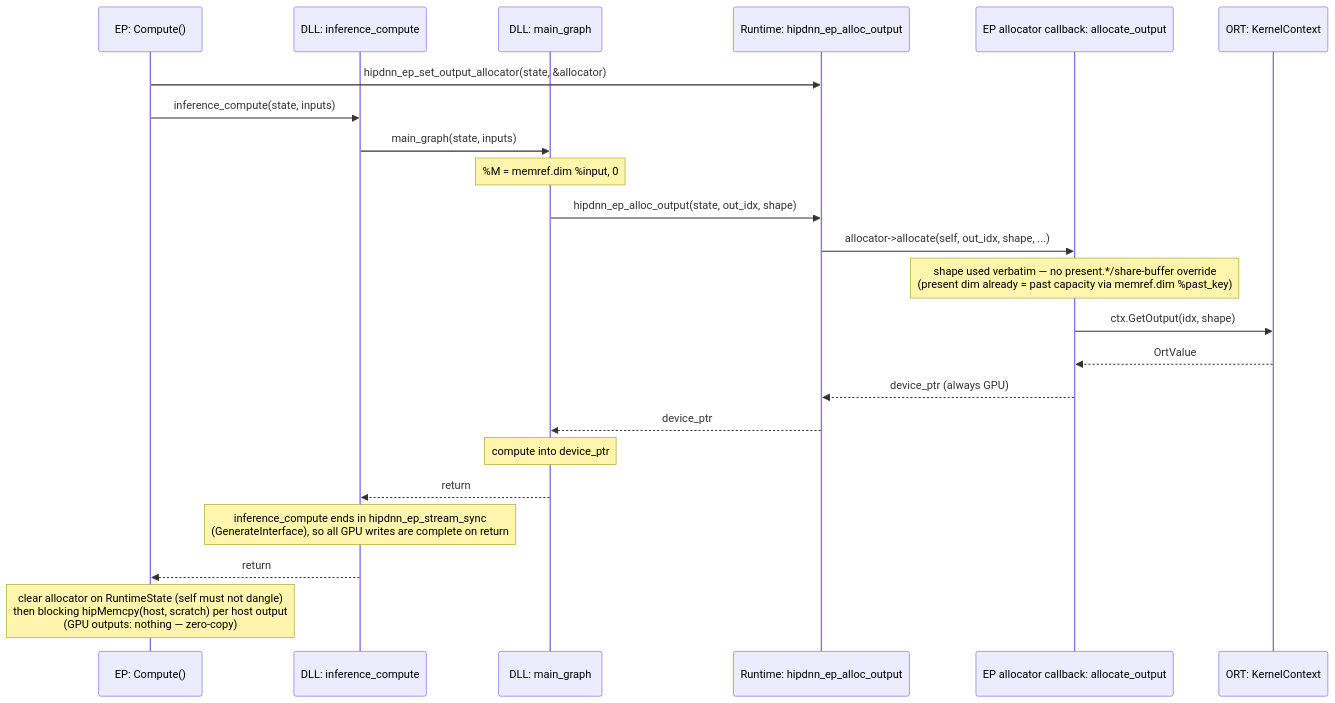
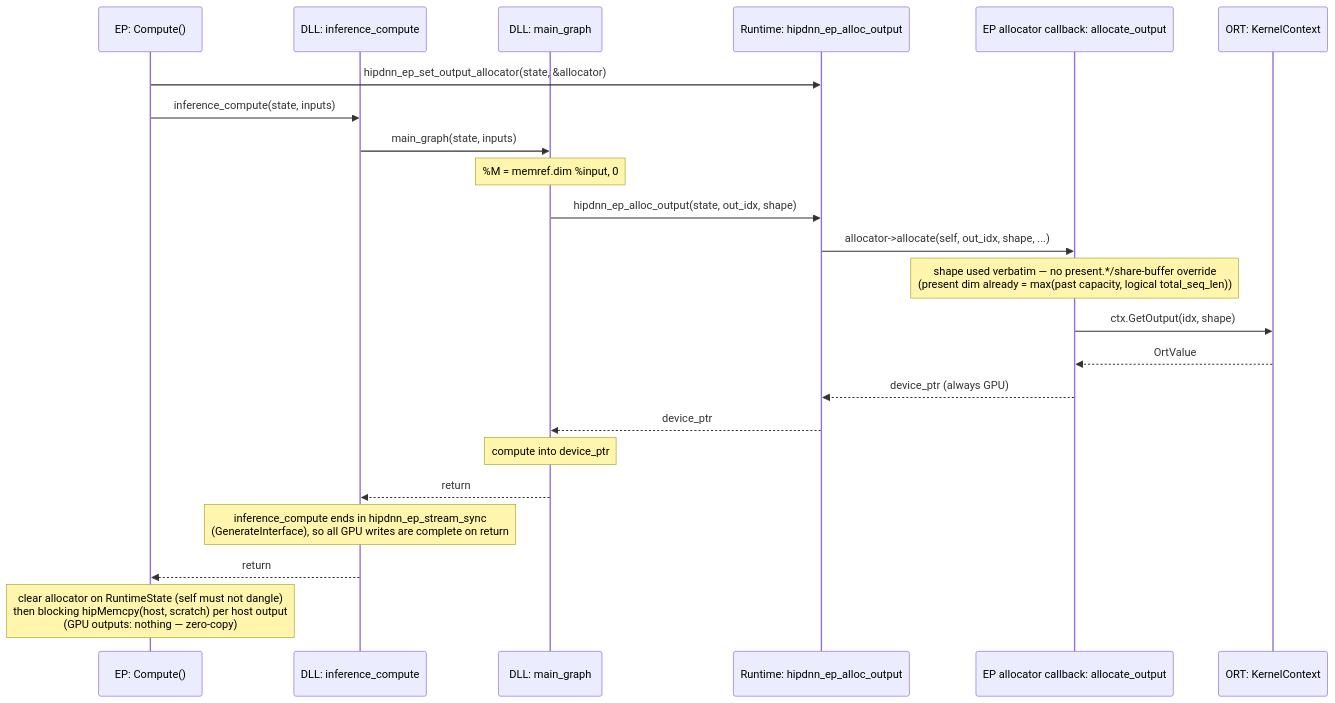
Before and after one commit to ROCm/hip-ep: the second of 2 diagrams in docs/design/output-allocator-design.md, drawn with Mermaid. The commit also changed other lines of this file and 39 other files, not shown here.

First line of the commit message:
fix(hip): share attention and normalization shape contracts

````diff
--- a/docs/design/output-allocator-design.md
+++ b/docs/design/output-allocator-design.md
@@ -223,26 +223,26 @@
 ```mermaid
 sequenceDiagram
     participant EP as EP: Compute()
     participant DLL_IC as DLL: inference_compute
     participant DLL_MG as DLL: main_graph
     participant RT as Runtime: hipdnn_ep_alloc_output
     participant CB as EP allocator callback: allocate_output
     participant ORT as ORT: KernelContext
 
     EP->>RT: hipdnn_ep_set_output_allocator(state, &allocator)
     EP->>DLL_IC: inference_compute(state, inputs)
     DLL_IC->>DLL_MG: main_graph(state, inputs)
     Note over DLL_MG: %M = memref.dim %input, 0
     DLL_MG->>RT: hipdnn_ep_alloc_output(state, out_idx, shape)
     RT->>CB: allocator->allocate(self, out_idx, shape, ...)
-    Note over CB: shape used verbatim — no present.*/share-buffer override<br/>(present dim already = past capacity via memref.dim %past_key)
+    Note over CB: shape used verbatim — no present.*/share-buffer override<br/>(present dim already = max(past capacity, logical total_seq_len))
     CB->>ORT: ctx.GetOutput(idx, shape)
     ORT-->>CB: OrtValue
     CB-->>RT: device_ptr (always GPU)
     RT-->>DLL_MG: device_ptr
     Note over DLL_MG: compute into device_ptr
     DLL_MG-->>DLL_IC: return
     Note over DLL_IC: inference_compute ends in hipdnn_ep_stream_sync<br/>(GenerateInterface), so all GPU writes are complete on return
     DLL_IC-->>EP: return
     Note over EP: clear allocator on RuntimeState (self must not dangle)<br/>then blocking hipMemcpy(host, scratch) per host output<br/>(GPU outputs: nothing — zero-copy)
 ```
````
